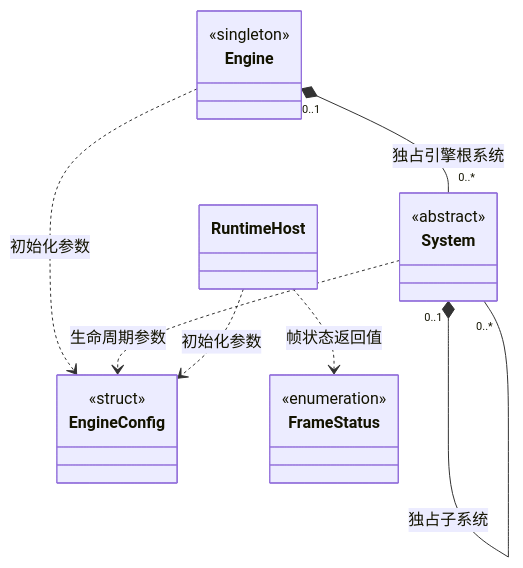
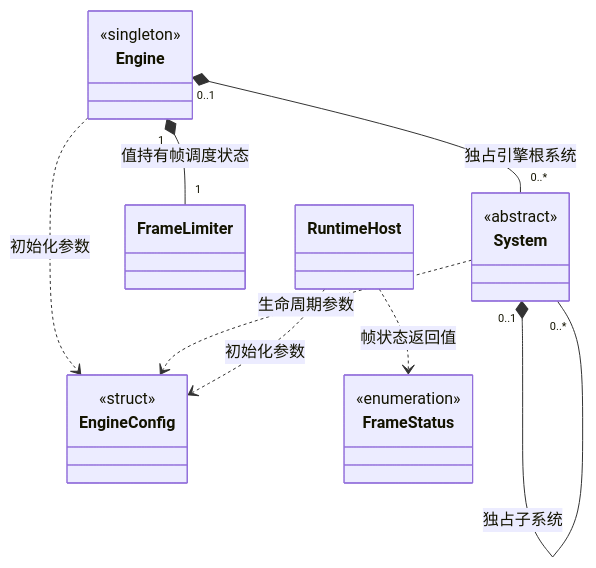
Before and after one commit to lcals/Engine: the first of 36 diagrams in docs/class-diagrams/references.md, drawn with Mermaid. The commit also changed other lines of this file and 24 other files, not shown here.

````diff
--- a/docs/class-diagrams/references.md
+++ b/docs/class-diagrams/references.md
@@ -35,23 +35,25 @@
 ```mermaid
 classDiagram
     direction TB
     class Engine {
         <<singleton>>
     }
     class System {
         <<abstract>>
     }
     class EngineConfig {
         <<struct>>
     }
+    class FrameLimiter
     class FrameStatus {
         <<enumeration>>
     }
     Engine "0..1" *-- "0..*" System : 独占引擎根系统
+    Engine "1" *-- "1" FrameLimiter : 值持有帧调度状态
     System "0..1" *-- "0..*" System : 独占子系统
     Engine ..> EngineConfig : 初始化参数
     System ..> EngineConfig : 生命周期参数
     class RuntimeHost
     RuntimeHost ..> FrameStatus : 帧状态返回值
     RuntimeHost ..> EngineConfig : 初始化参数
 ```
````
